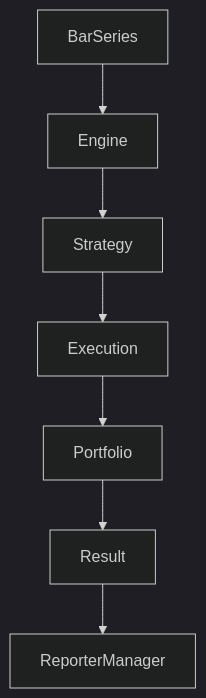
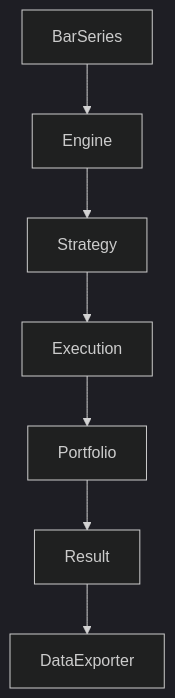
The first of 2 diagrams in README.md (diwiw/QuantumGradesApp), drawn with Mermaid (dark theme) before and after one commit. The commit also changed other lines of this file and 2 other files, not shown here.

`````diff
--- a/README.md
+++ b/README.md
@@ -39,9 +114,9 @@
 ````mermaid
 flowchart TD
     A[BarSeries] --> B[Engine]
     B --> C[Strategy]
     C --> D[Execution]
     D --> E[Portfolio]
     E --> F[Result]
-    F --> G[ReporterManager]
+    F --> G[DataExporter]
 ````
`````
